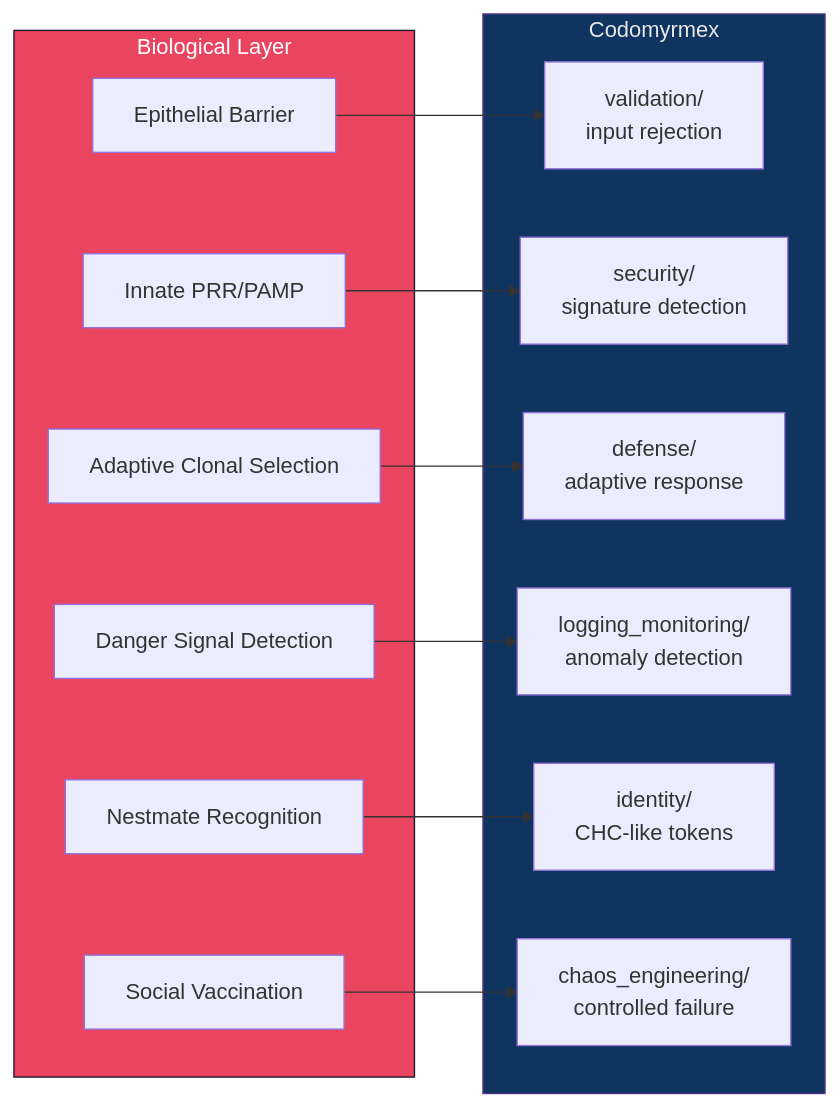
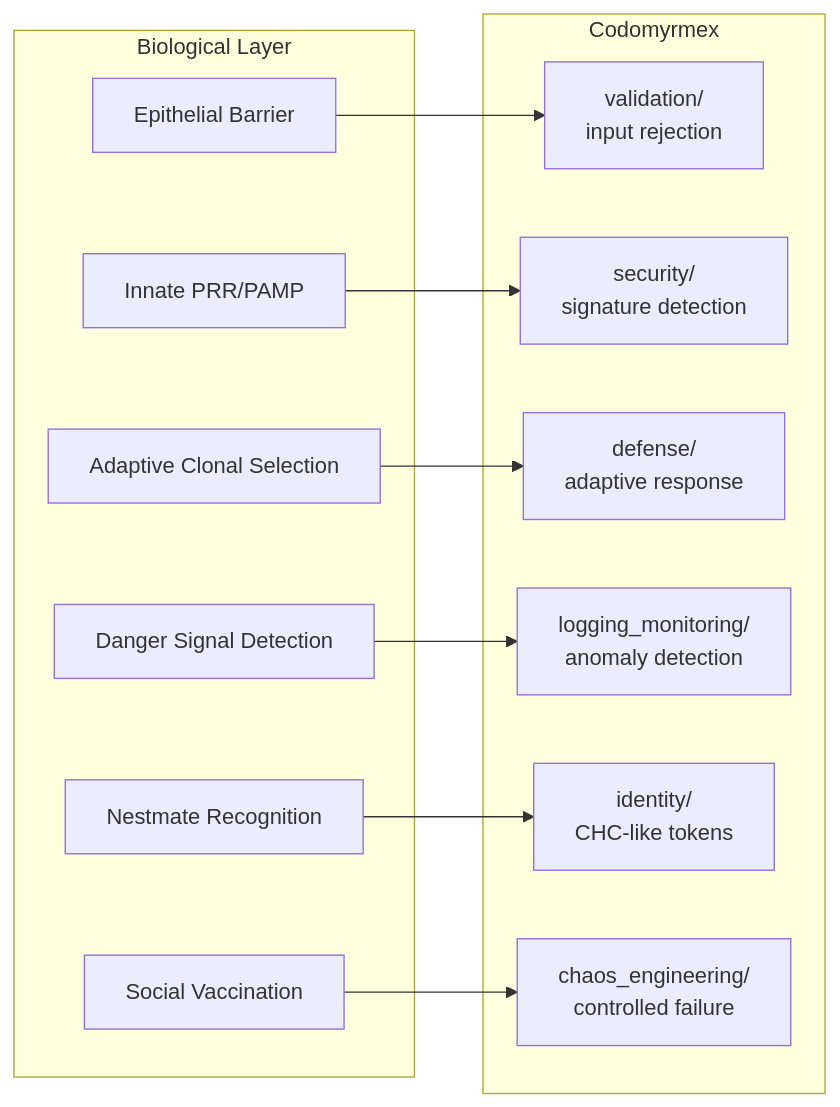
Before and after one commit to docxology/codomyrmex: the second of 2 diagrams in docs/bio/immune_system.md, drawn with Mermaid. The commit also changed other lines of this file and 86 other files, not shown here.

````diff
--- a/docs/bio/immune_system.md
+++ b/docs/bio/immune_system.md
@@ -66,30 +62,27 @@
 ```mermaid
 graph LR
     subgraph BIO_IMMUNE["Biological Layer"]
         SKIN["Epithelial Barrier"]
         INNATE_L["Innate PRR/PAMP"]
         ADAPTIVE_L["Adaptive Clonal Selection"]
         DANGER_L["Danger Signal Detection"]
         NESTMATE["Nestmate Recognition"]
         VACCINATION["Social Vaccination"]
     end
 
     subgraph CDM_SEC["Codomyrmex"]
         VALID["validation/<br/>input rejection"]
         SEC["security/<br/>signature detection"]
         DEF["defense/<br/>adaptive response"]
         LOG_MON["logging_monitoring/<br/>anomaly detection"]
         IDENT["identity/<br/>CHC-like tokens"]
         CHAOS["chaos_engineering/<br/>controlled failure"]
     end
 
     SKIN --> VALID
     INNATE_L --> SEC
     ADAPTIVE_L --> DEF
     DANGER_L --> LOG_MON
     NESTMATE --> IDENT
     VACCINATION --> CHAOS
-
-    style BIO_IMMUNE fill:#e94560,stroke:#1a1a2e,color:#fff
-    style CDM_SEC fill:#0f3460,stroke:#533483,color:#e8e8e8
 ```
````
